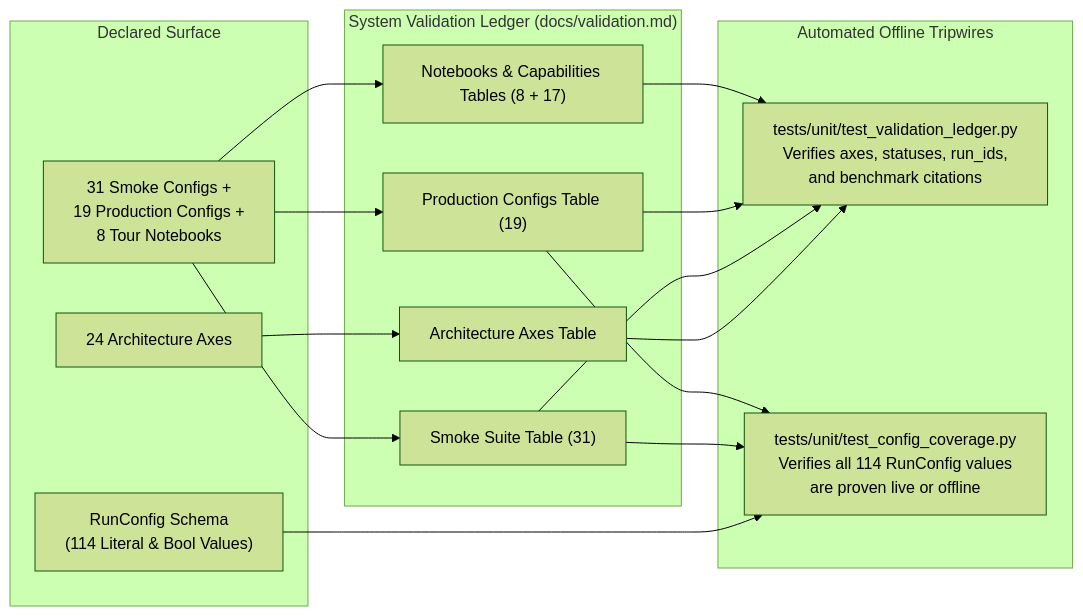
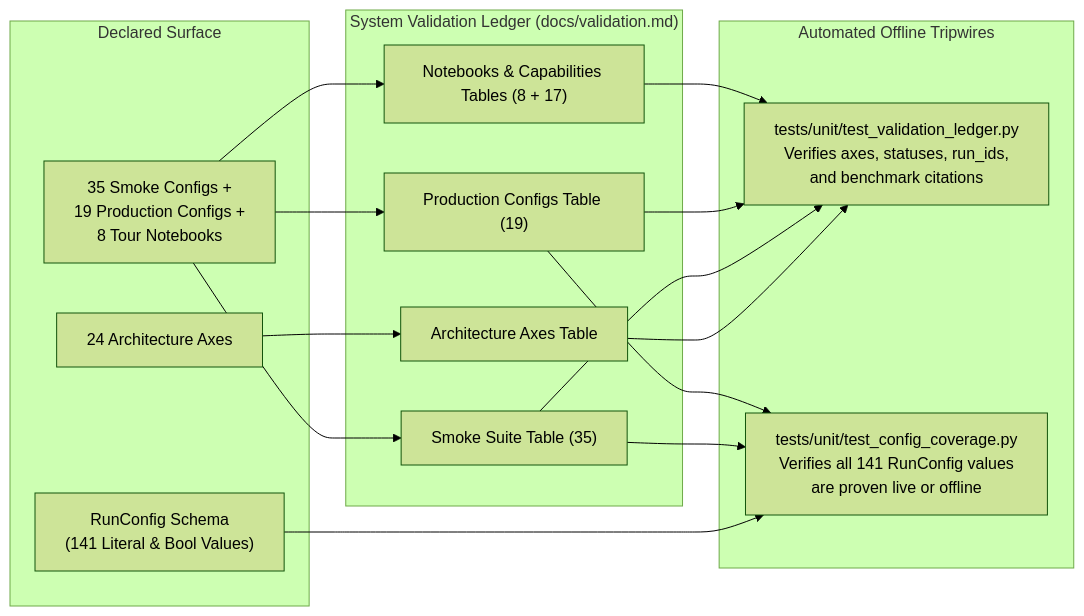
One commit to statmike/scale-forecasting changed the diagram in docs/validation.md. Above: the diagram before and after it, drawn with Mermaid (forest theme). The commit also changed other lines of this file and 19 other files, not shown here.

Commit message:
test(smokes): prove Phase B smokes 32-35 live on GCP and update validation ledger

````diff
--- a/docs/validation.md
+++ b/docs/validation.md
@@ -7,25 +7,25 @@
 ```mermaid
 flowchart LR
     subgraph Surface["Declared Surface"]
         Axes["24 Architecture Axes"]
-        RunCfg["RunConfig Schema\n(114 Literal & Bool Values)"]
-        Configs["31 Smoke Configs +\n19 Production Configs +\n8 Tour Notebooks"]
+        RunCfg["RunConfig Schema\n(141 Literal & Bool Values)"]
+        Configs["35 Smoke Configs +\n19 Production Configs +\n8 Tour Notebooks"]
     end
 
     subgraph Ledger["System Validation Ledger (docs/validation.md)"]
         T1["Architecture Axes Table"]
-        T2["Smoke Suite Table (31)"]
+        T2["Smoke Suite Table (35)"]
         T3["Production Configs Table (19)"]
         T4["Notebooks & Capabilities Tables (8 + 17)"]
     end
 
     subgraph Gates["Automated Offline Tripwires"]
         VTest["tests/unit/test_validation_ledger.py\nVerifies axes, statuses, run_ids,\nand benchmark citations"]
-        CTest["tests/unit/test_config_coverage.py\nVerifies all 114 RunConfig values\nare proven live or offline"]
+        CTest["tests/unit/test_config_coverage.py\nVerifies all 141 RunConfig values\nare proven live or offline"]
     end
 
     Axes --> T1
     Configs --> T2 & T3 & T4
     T1 & T2 & T3 & T4 --> VTest
     RunCfg & T2 & T3 --> CTest
 ```
````
